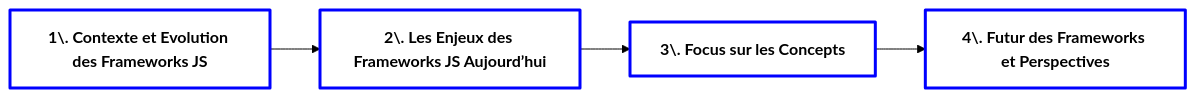
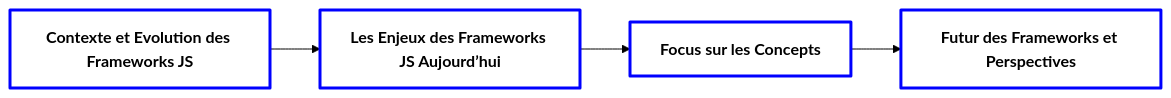
Before and after one commit to charlotr-a2d/presentation_js: the diagram in pages/00-2plan.md, drawn with Mermaid (forest theme).

Commit message:
markdown

````diff
--- a/pages/00-2plan.md
+++ b/pages/00-2plan.md
@@ -13,9 +13,9 @@
 ```mermaid
 graph LR;
-A[1\. Contexte et Evolution des Frameworks JS] --> B[2\. Les Enjeux des Frameworks JS Aujourd’hui];
-B --> C[3\. Focus sur les Concepts];
-C --> D[4\. Futur des Frameworks et Perspectives];
+A[Contexte et Evolution des Frameworks JS] --> B[Les Enjeux des Frameworks JS Aujourd’hui];
+B --> C[Focus sur les Concepts];
+C --> D[Futur des Frameworks et Perspectives];
 
 classDef customStyle fill:none,stroke:blue,stroke-width:3px,stroke-linejoin:round,color:black,font-size:6xl,font-weight:bold;
 class A,B,C,D customStyle;
 ```
````
